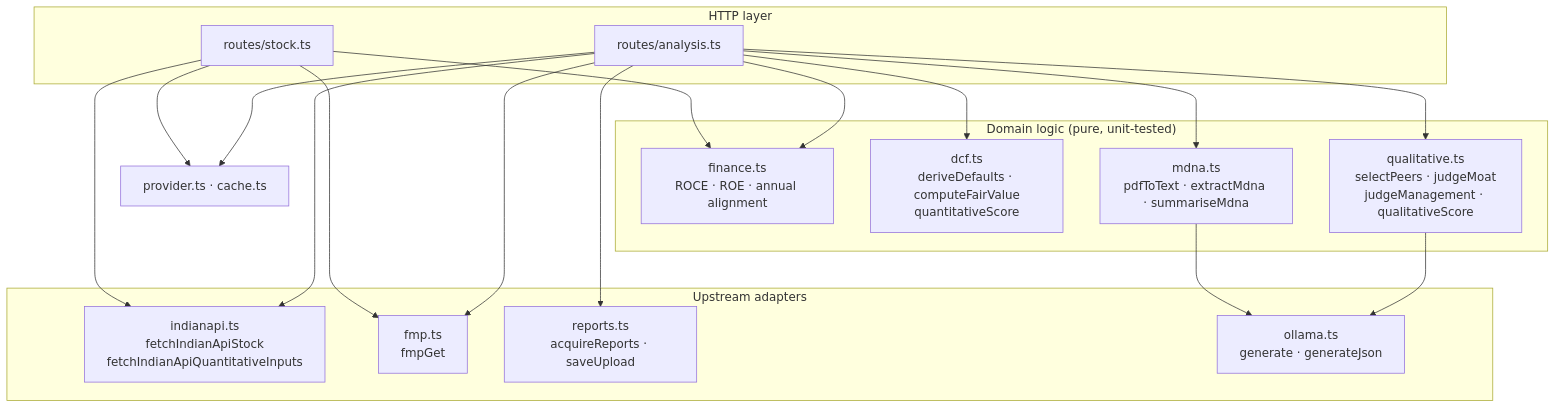
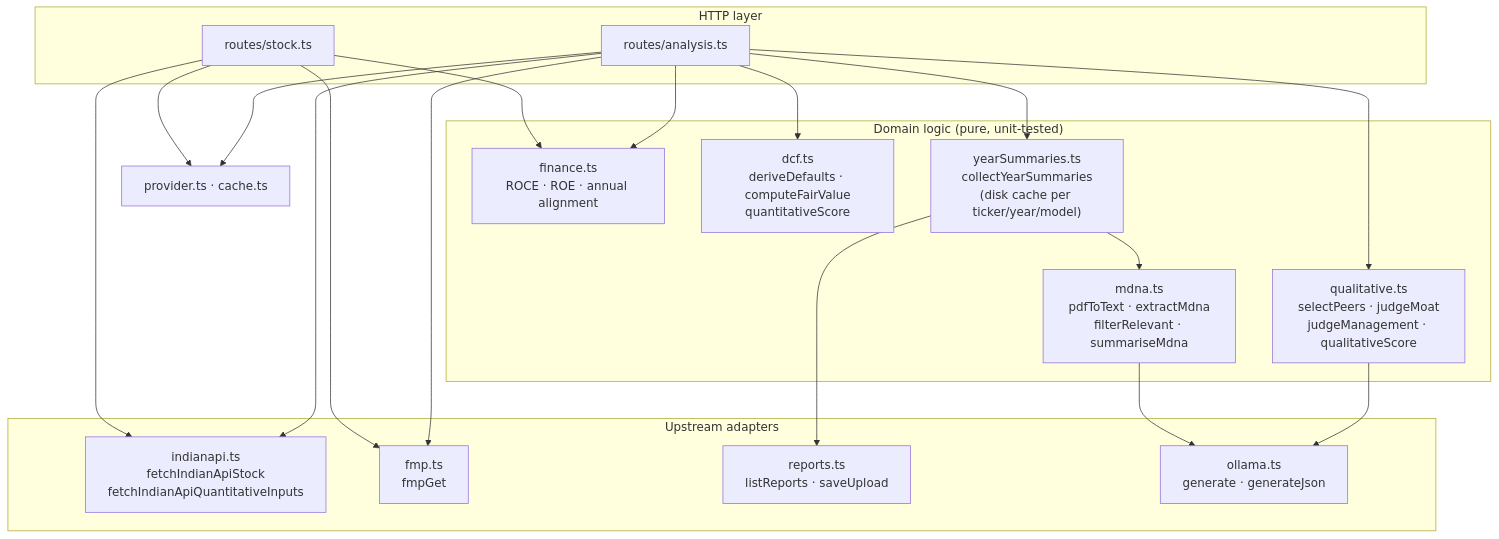
One commit to vigneshsn/dcf-stock-valuation changed the second of 5 diagrams in docs/architecture.md. Above: the diagram before and after it, drawn with Mermaid. The commit also changed other lines of this file and 11 other files, not shown here.

````diff
--- a/docs/architecture.md
+++ b/docs/architecture.md
@@ -77,28 +77,30 @@
 ```mermaid
 flowchart TB
     subgraph routes["HTTP layer"]
         stockR["routes/stock.ts"]
         analysisR["routes/analysis.ts"]
     end
 
     subgraph adapters["Upstream adapters"]
         indianapi["indianapi.ts<br/>fetchIndianApiStock<br/>fetchIndianApiQuantitativeInputs"]
         fmpA["fmp.ts<br/>fmpGet"]
-        reports["reports.ts<br/>acquireReports · saveUpload"]
+        reports["reports.ts<br/>listReports · saveUpload"]
         ollamaA["ollama.ts<br/>generate · generateJson"]
     end
 
     subgraph domain["Domain logic (pure, unit-tested)"]
         finance["finance.ts<br/>ROCE · ROE · annual alignment"]
         dcf["dcf.ts<br/>deriveDefaults · computeFairValue<br/>quantitativeScore"]
-        mdna["mdna.ts<br/>pdfToText · extractMdna · summariseMdna"]
+        mdna["mdna.ts<br/>pdfToText · extractMdna<br/>filterRelevant · summariseMdna"]
+        years["yearSummaries.ts<br/>collectYearSummaries<br/>(disk cache per ticker/year/model)"]
         qual["qualitative.ts<br/>selectPeers · judgeMoat<br/>judgeManagement · qualitativeScore"]
     end
 
     infra["provider.ts · cache.ts"]
 
     stockR --> indianapi & fmpA & finance & infra
-    analysisR --> indianapi & fmpA & reports & dcf & mdna & qual & finance & infra
+    analysisR --> indianapi & fmpA & dcf & years & qual & finance & infra
+    years --> reports & mdna
     mdna --> ollamaA
     qual --> ollamaA
 ```
````
